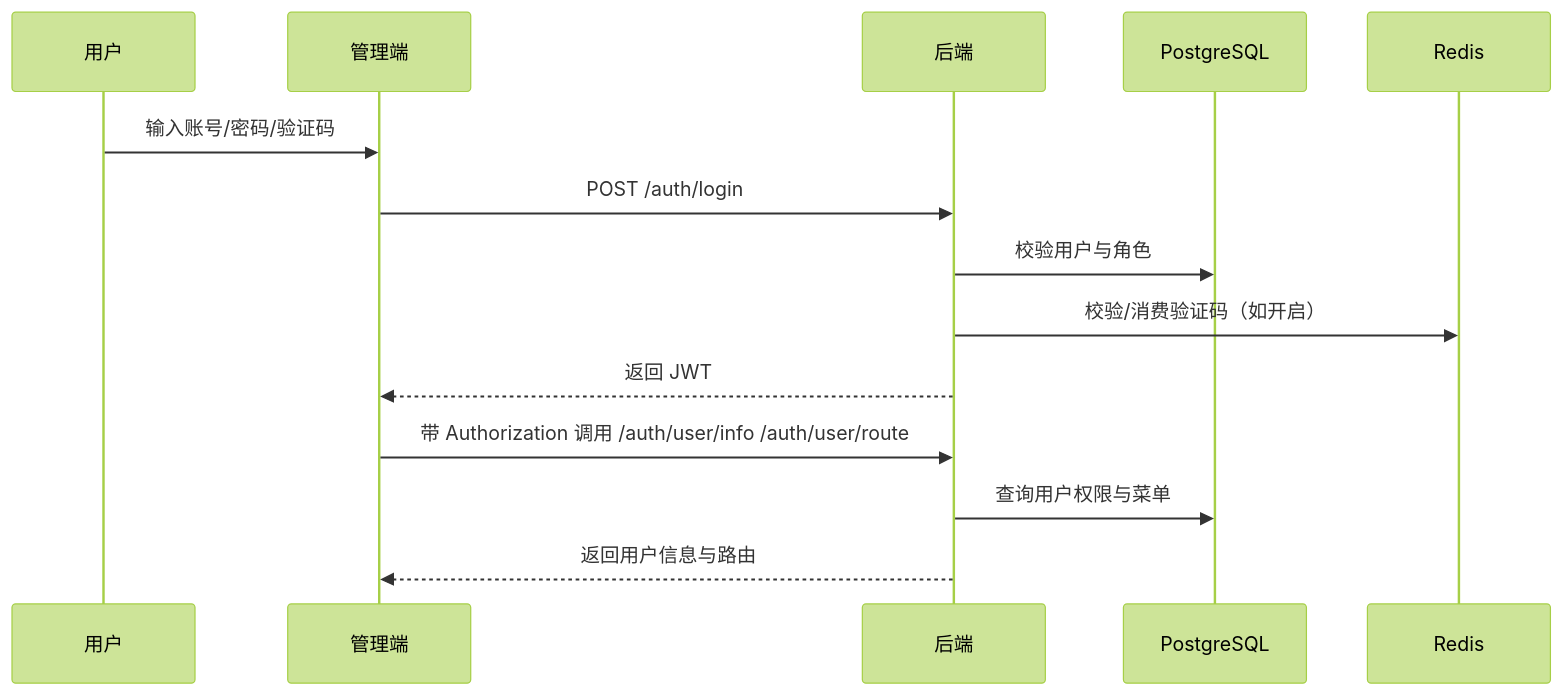
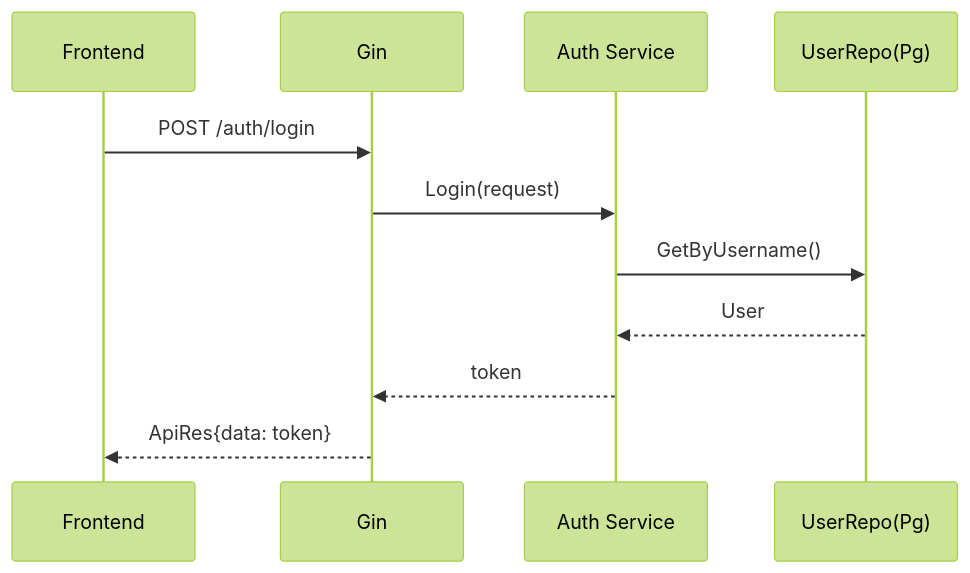
One commit to saberc8/template-rbac-ex changed the second of 2 diagrams in helloagents/wiki/arch.md. Above: the diagram before and after it, drawn with Mermaid (forest theme). The commit also changed other lines of this file and 54 other files, not shown here.

````diff
--- a/helloagents/wiki/arch.md
+++ b/helloagents/wiki/arch.md
@@ -20,17 +25,13 @@
 ```mermaid
 sequenceDiagram
-    participant U as 用户
-    participant UI as 管理端
-    participant API as 后端
-    participant PG as PostgreSQL
-    participant R as Redis
-
-    U->>UI: 输入账号/密码/验证码
-    UI->>API: POST /auth/login
-    API->>PG: 校验用户与角色
-    API->>R: 校验/消费验证码（如开启）
-    API-->>UI: 返回 JWT
-    UI->>API: 带 Authorization 调用 /auth/user/info /auth/user/route
-    API->>PG: 查询用户权限与菜单
-    API-->>UI: 返回用户信息与路由
+    participant FE as Frontend
+    participant API as Gin
+    participant SVC as Auth Service
+    participant U as UserRepo(Pg)
+    FE->>API: POST /auth/login
+    API->>SVC: Login(request)
+    SVC->>U: GetByUsername()
+    U-->>SVC: User
+    SVC-->>API: token
+    API-->>FE: ApiRes{data: token}
 ```
````
